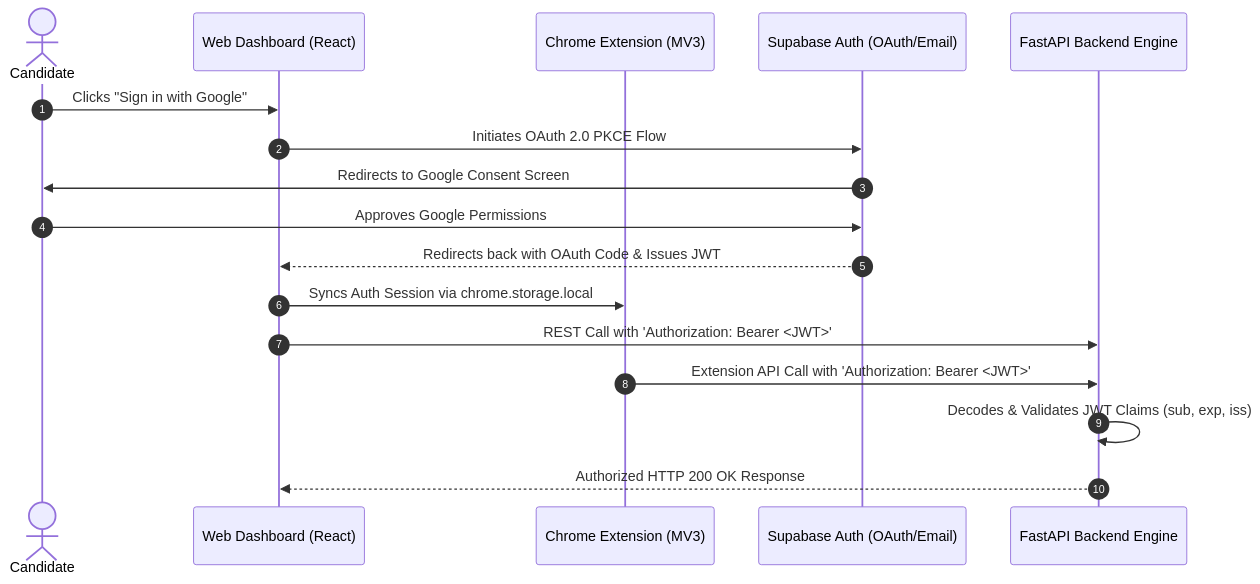
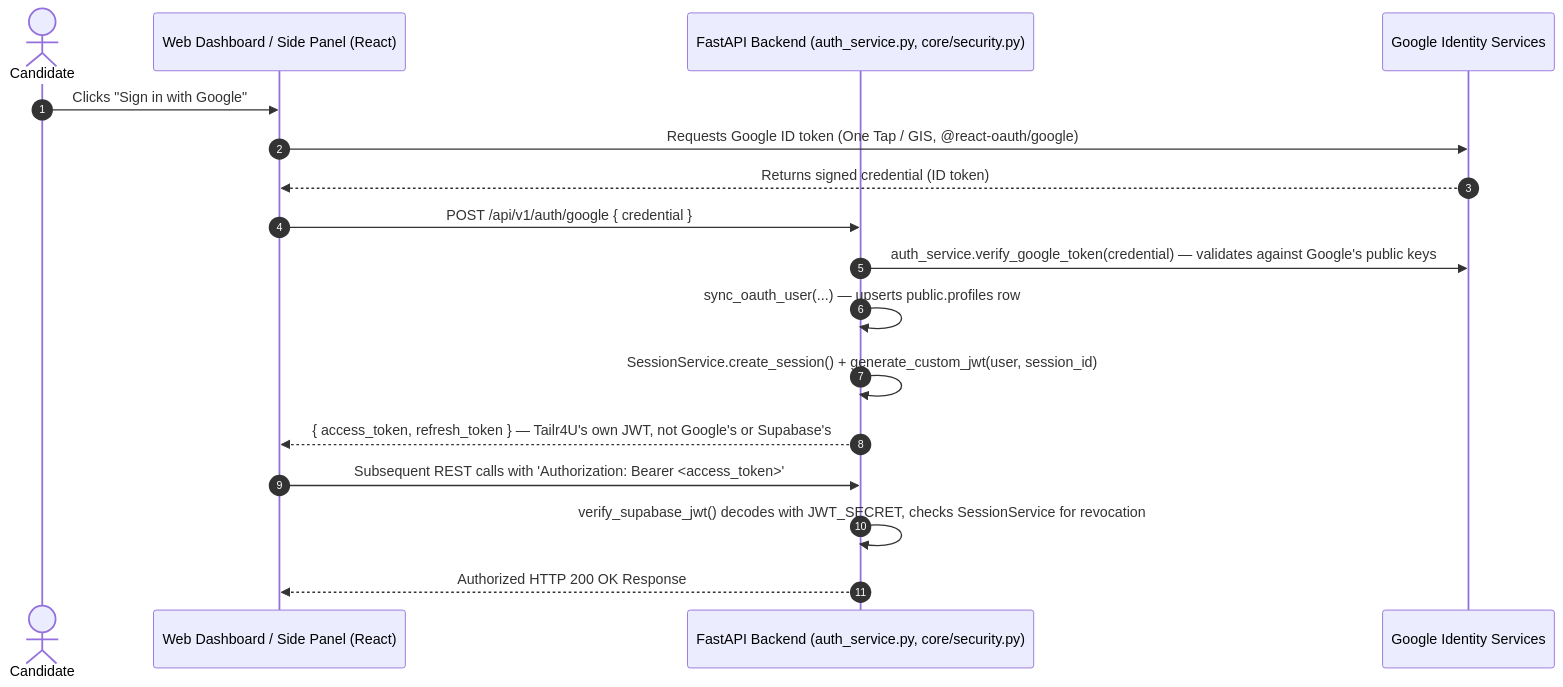
Before and after one commit to Narendra-bot07/chrome-extension: the diagram in docs/AUTH_OAUTH.md, drawn with Mermaid. The commit also changed other lines of this file and 21 other files, not shown here.

````diff
--- a/docs/AUTH_OAUTH.md
+++ b/docs/AUTH_OAUTH.md
@@ -11,23 +13,22 @@
 ```mermaid
 sequenceDiagram
     autonumber
     actor Candidate
-    participant Web as Web Dashboard (React)
-    participant Ext as Chrome Extension (MV3)
-    participant Supabase as Supabase Auth (OAuth/Email)
-    participant API as FastAPI Backend Engine
+    participant Web as Web Dashboard / Side Panel (React)
+    participant API as FastAPI Backend (auth_service.py, core/security.py)
+    participant Google as Google Identity Services
 
     Candidate->>Web: Clicks "Sign in with Google"
-    Web->>Supabase: Initiates OAuth 2.0 PKCE Flow
-    Supabase->>Candidate: Redirects to Google Consent Screen
-    Candidate->>Supabase: Approves Google Permissions
-    Supabase-->>Web: Redirects back with OAuth Code & Issues JWT
-    
-    Web->>Ext: Syncs Auth Session via chrome.storage.local
-    
-    Web->>API: REST Call with 'Authorization: Bearer <JWT>'
-    Ext->>API: Extension API Call with 'Authorization: Bearer <JWT>'
-    
-    API->>API: Decodes & Validates JWT Claims (sub, exp, iss)
+    Web->>Google: Requests Google ID token (One Tap / GIS, @react-oauth/google)
+    Google-->>Web: Returns signed credential (ID token)
+    Web->>API: POST /api/v1/auth/google { credential }
+
+    API->>Google: auth_service.verify_google_token(credential) — validates against Google's public keys
+    API->>API: sync_oauth_user(...) — upserts public.profiles row
+    API->>API: SessionService.create_session() + generate_custom_jwt(user, session_id)
+    API-->>Web: { access_token, refresh_token } — Tailr4U's own JWT, not Google's or Supabase's
+
+    Web->>API: Subsequent REST calls with 'Authorization: Bearer <access_token>'
+    API->>API: verify_supabase_jwt() decodes with JWT_SECRET, checks SessionService for revocation
     API-->>Web: Authorized HTTP 200 OK Response
 ```
````
